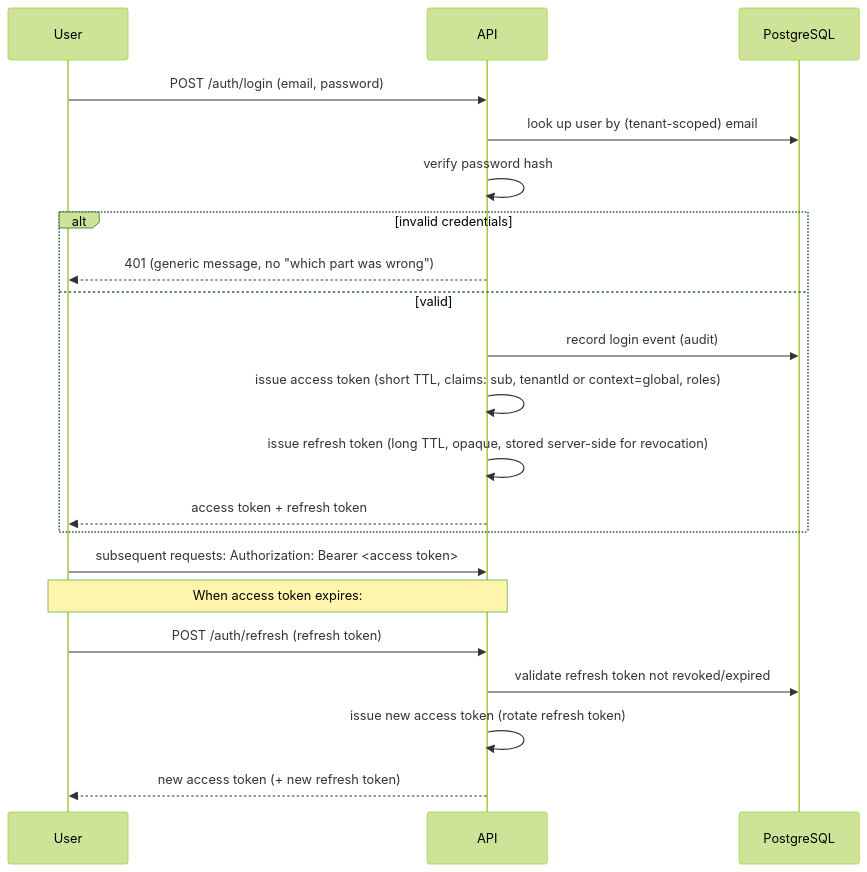
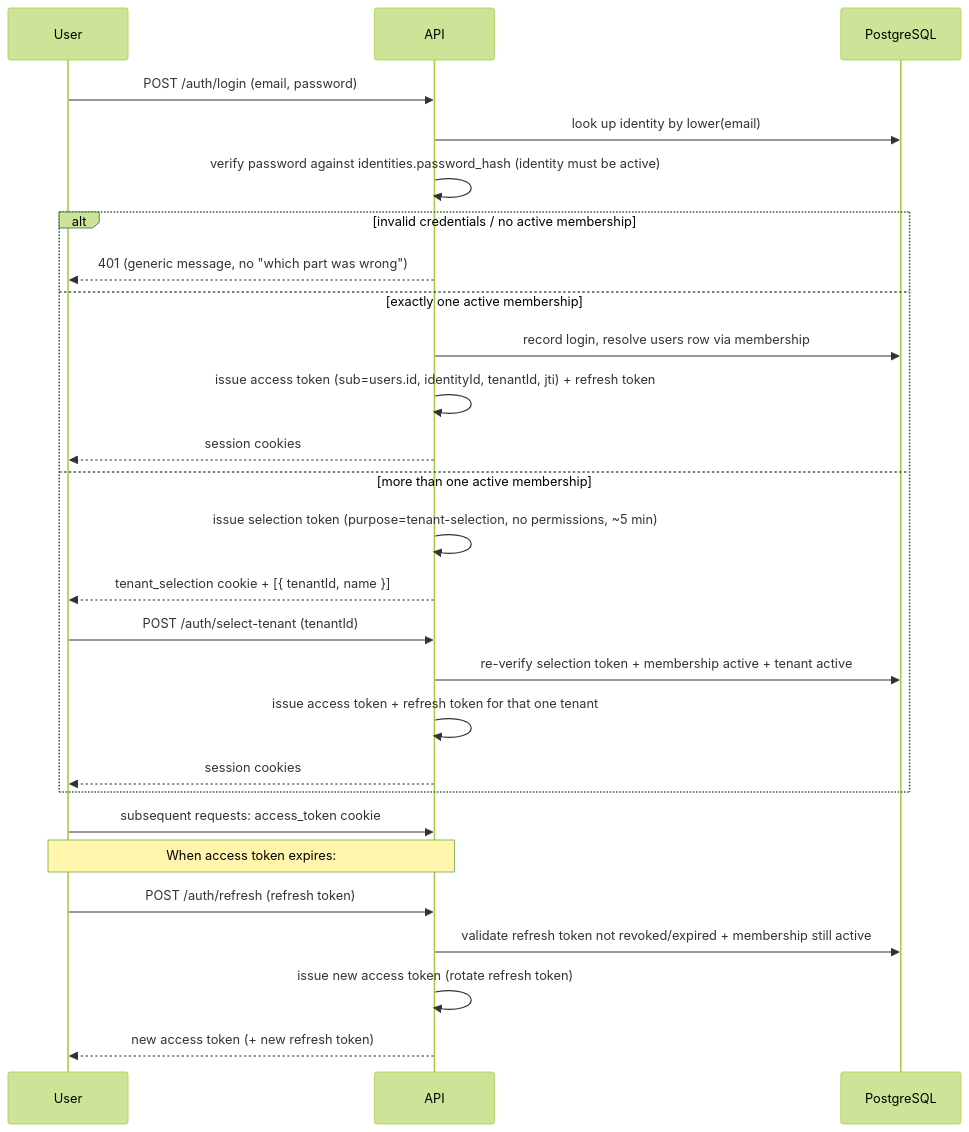
One commit to smagsoft-code/saas-inventory changed the diagram in docs/architecture/security.md. Above: the diagram before and after it, drawn with Mermaid (forest theme). The commit also changed other lines of this file and 45 other files, not shown here.

Commit message:
feat(auth): complete global identity and multi-tenant authentication

````diff
--- a/docs/architecture/security.md
+++ b/docs/architecture/security.md
@@ -18,25 +46,31 @@
 ```mermaid
 sequenceDiagram
     participant U as User
     participant API as API
     participant DB as PostgreSQL
 
     U->>API: POST /auth/login (email, password)
-    API->>DB: look up user by (tenant-scoped) email
-    API->>API: verify password hash
-    alt invalid credentials
+    API->>DB: look up identity by lower(email)
+    API->>API: verify password against identities.password_hash (identity must be active)
+    alt invalid credentials / no active membership
         API-->>U: 401 (generic message, no "which part was wrong")
-    else valid
-        API->>DB: record login event (audit)
-        API->>API: issue access token (short TTL, claims: sub, tenantId or context=global, roles)
-        API->>API: issue refresh token (long TTL, opaque, stored server-side for revocation)
-        API-->>U: access token + refresh token
+    else exactly one active membership
+        API->>DB: record login, resolve users row via membership
+        API->>API: issue access token (sub=users.id, identityId, tenantId, jti) + refresh token
+        API-->>U: session cookies
+    else more than one active membership
+        API->>API: issue selection token (purpose=tenant-selection, no permissions, ~5 min)
+        API-->>U: tenant_selection cookie + [{ tenantId, name }]
+        U->>API: POST /auth/select-tenant (tenantId)
+        API->>DB: re-verify selection token + membership active + tenant active
+        API->>API: issue access token + refresh token for that one tenant
+        API-->>U: session cookies
     end
 
-    U->>API: subsequent requests: Authorization: Bearer <access token>
+    U->>API: subsequent requests: access_token cookie
     Note over U,API: When access token expires:
     U->>API: POST /auth/refresh (refresh token)
-    API->>DB: validate refresh token not revoked/expired
+    API->>DB: validate refresh token not revoked/expired + membership still active
     API->>API: issue new access token (rotate refresh token)
     API-->>U: new access token (+ new refresh token)
 ```
````
